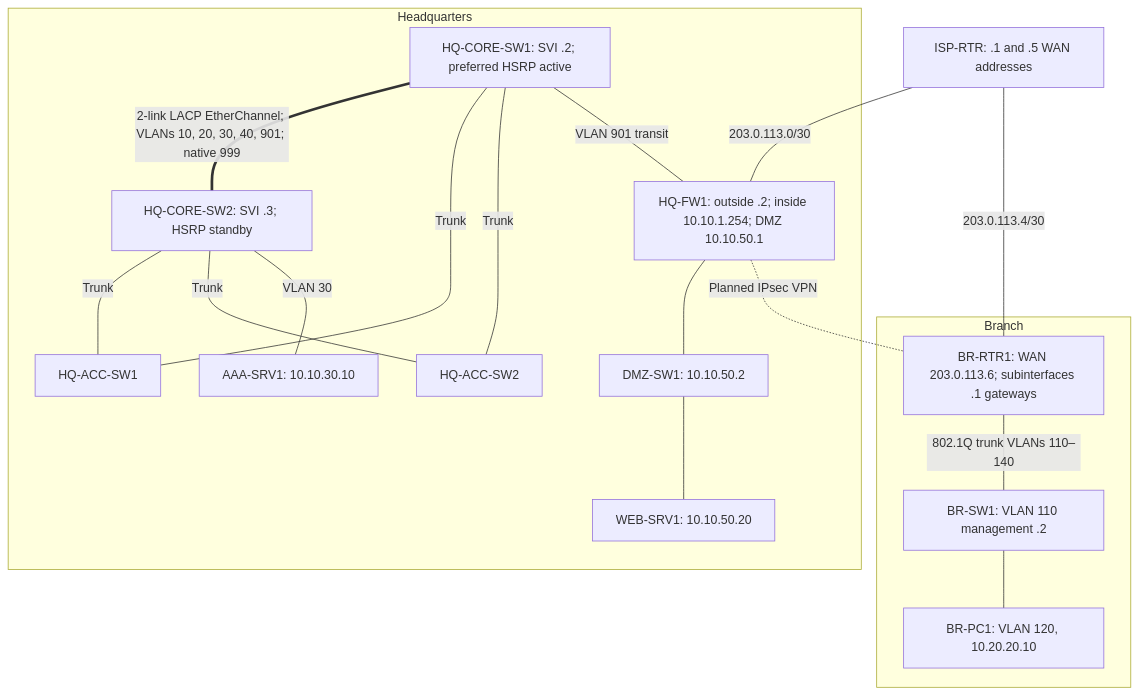
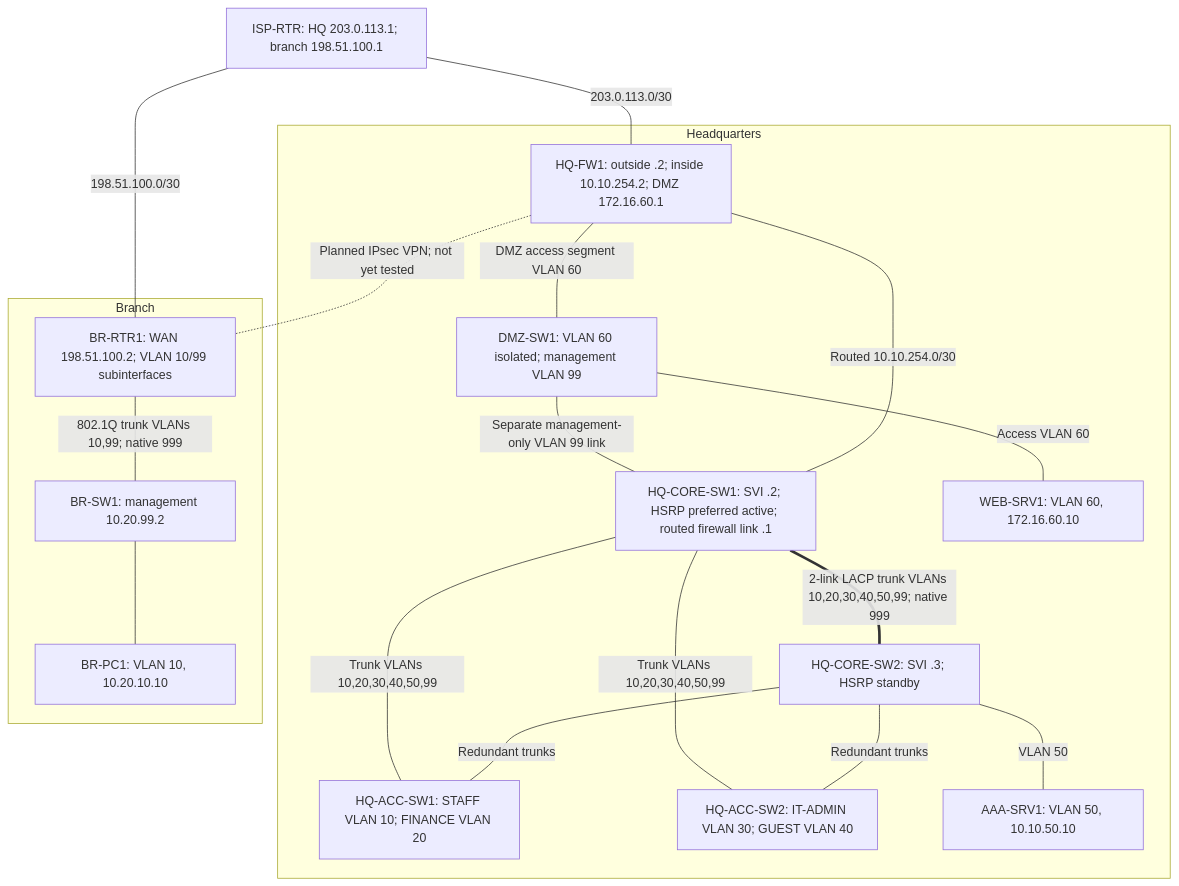
The diagram in docs/network-design.md (Ayomide-Akano/Secure-Enterprise-Network-Lab), drawn with Mermaid before and after one commit. The commit also changed other lines of this file, not shown here.

Commit message:
Correct network design, cabling, and topology to agreed VLAN plan

```diff
--- a/docs/network-design.md
+++ b/docs/network-design.md
@@ -78,32 +73,34 @@
 ~~~mermaid
 flowchart TB
-  ISP["ISP-RTR: .1 and .5 WAN addresses"]
+  ISP["ISP-RTR: HQ 203.0.113.1; branch 198.51.100.1"]
   subgraph HQ["Headquarters"]
-    FW["HQ-FW1: outside .2; inside 10.10.1.254; DMZ 10.10.50.1"]
-    C1["HQ-CORE-SW1: SVI .2; preferred HSRP active"]
+    FW["HQ-FW1: outside .2; inside 10.10.254.2; DMZ 172.16.60.1"]
+    C1["HQ-CORE-SW1: SVI .2; HSRP preferred active; routed firewall link .1"]
     C2["HQ-CORE-SW2: SVI .3; HSRP standby"]
-    A1["HQ-ACC-SW1"]
-    A2["HQ-ACC-SW2"]
-    DSW["DMZ-SW1: 10.10.50.2"]
-    WEB["WEB-SRV1: 10.10.50.20"]
-    AAA["AAA-SRV1: 10.10.30.10"]
-    C1 ===|"2-link LACP EtherChannel; VLANs 10, 20, 30, 40, 901; native 999"| C2
-    C1 ---|"Trunk"| A1
-    C1 ---|"Trunk"| A2
-    C2 ---|"Trunk"| A1
-    C2 ---|"Trunk"| A2
-    C1 ---|"VLAN 901 transit"| FW
-    FW --- DSW --- WEB
-    C2 ---|"VLAN 30"| AAA
+    A1["HQ-ACC-SW1: STAFF VLAN 10; FINANCE VLAN 20"]
+    A2["HQ-ACC-SW2: IT-ADMIN VLAN 30; GUEST VLAN 40"]
+    AAA["AAA-SRV1: VLAN 50, 10.10.50.10"]
+    DSW["DMZ-SW1: VLAN 60 isolated; management VLAN 99"]
+    WEB["WEB-SRV1: VLAN 60, 172.16.60.10"]
+    C1 ===|"2-link LACP trunk VLANs 10,20,30,40,50,99; native 999"| C2
+    C1 ---|"Trunk VLANs 10,20,30,40,50,99"| A1
+    C1 ---|"Trunk VLANs 10,20,30,40,50,99"| A2
+    C2 ---|"Redundant trunks"| A1
+    C2 ---|"Redundant trunks"| A2
+    C1 ---|"Routed 10.10.254.0/30"| FW
+    C2 ---|"VLAN 50"| AAA
+    FW ---|"DMZ access segment VLAN 60"| DSW
+    DSW ---|"Access VLAN 60"| WEB
+    DSW ---|"Separate management-only VLAN 99 link"| C1
   end
   subgraph BRANCH["Branch"]
-    BRR["BR-RTR1: WAN 203.0.113.6; subinterfaces .1 gateways"]
-    BSW["BR-SW1: VLAN 110 management .2"]
-    BPC["BR-PC1: VLAN 120, 10.20.20.10"]
-    BRR ---|"802.1Q trunk VLANs 110–140"| BSW
+    BRR["BR-RTR1: WAN 198.51.100.2; VLAN 10/99 subinterfaces"]
+    BSW["BR-SW1: management 10.20.99.2"]
+    BPC["BR-PC1: VLAN 10, 10.20.10.10"]
+    BRR ---|"802.1Q trunk VLANs 10,99; native 999"| BSW
     BSW --- BPC
   end
   ISP ---|"203.0.113.0/30"| FW
-  ISP ---|"203.0.113.4/30"| BRR
-  FW -. "Planned IPsec VPN" .- BRR
+  ISP ---|"198.51.100.0/30"| BRR
+  FW -. "Planned IPsec VPN; not yet tested" .- BRR
 ~~~
```
